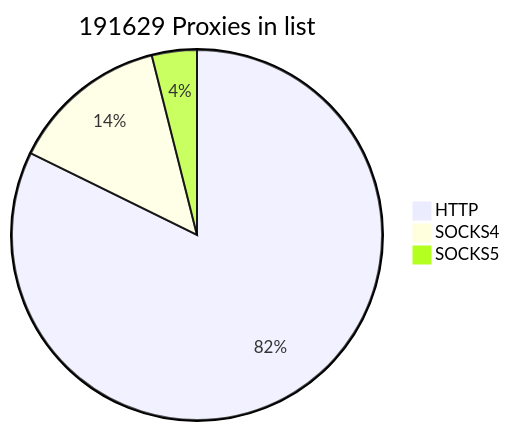
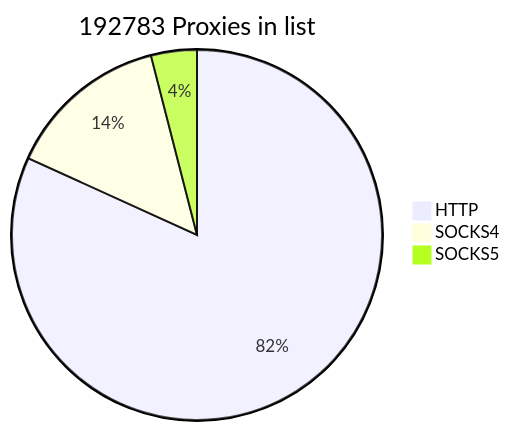
The first of 2 diagrams in README.md (cutipu/proxylist), drawn with Mermaid before and after one commit. The commit also changed other lines of this file, not shown here.

````diff
--- a/README.md
+++ b/README.md
@@ -2,7 +2,7 @@
 ```mermaid
-pie title 191629 Proxies in list
-    "HTTP" : 157657
-    "SOCKS4" : 26442
-    "SOCKS5" : 7530
+pie title 192783 Proxies in list
+    "HTTP" : 157689
+    "SOCKS4" : 27379
+    "SOCKS5" : 7715
             
 ```
````
